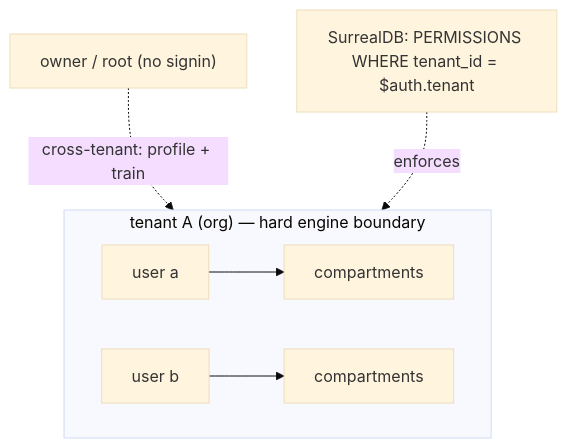
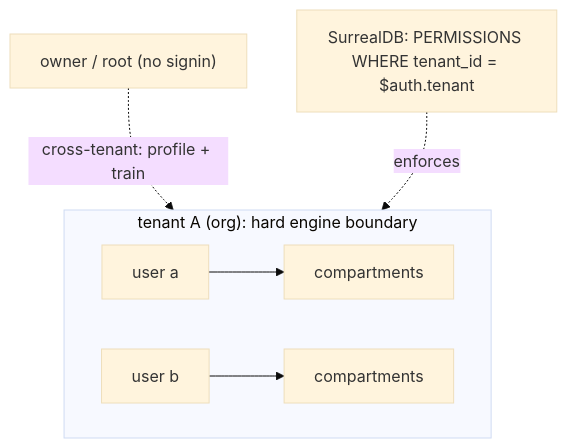
Before and after one commit to albedosehen/antumbra: the diagram in docs/adr/0013-tenant-isolation-identity.md, drawn with Mermaid (base theme). The commit also changed other lines of this file and 118 other files, not shown here.

````diff
--- a/docs/adr/0013-tenant-isolation-identity.md
+++ b/docs/adr/0013-tenant-isolation-identity.md
@@ -31,9 +31,9 @@
 ```mermaid
 flowchart TB
-  subgraph tenantA["tenant A (org) — hard engine boundary"]
+  subgraph tenantA["tenant A (org): hard engine boundary"]
     UA["user a"] --> CA["compartments"]
     UB["user b"] --> CB["compartments"]
   end
   ROOT["owner / root (no signin)"] -. "cross-tenant: profile + train" .-> tenantA
   ENG["SurrealDB: PERMISSIONS WHERE tenant_id = $auth.tenant"] -. enforces .-> tenantA
 ```
````
